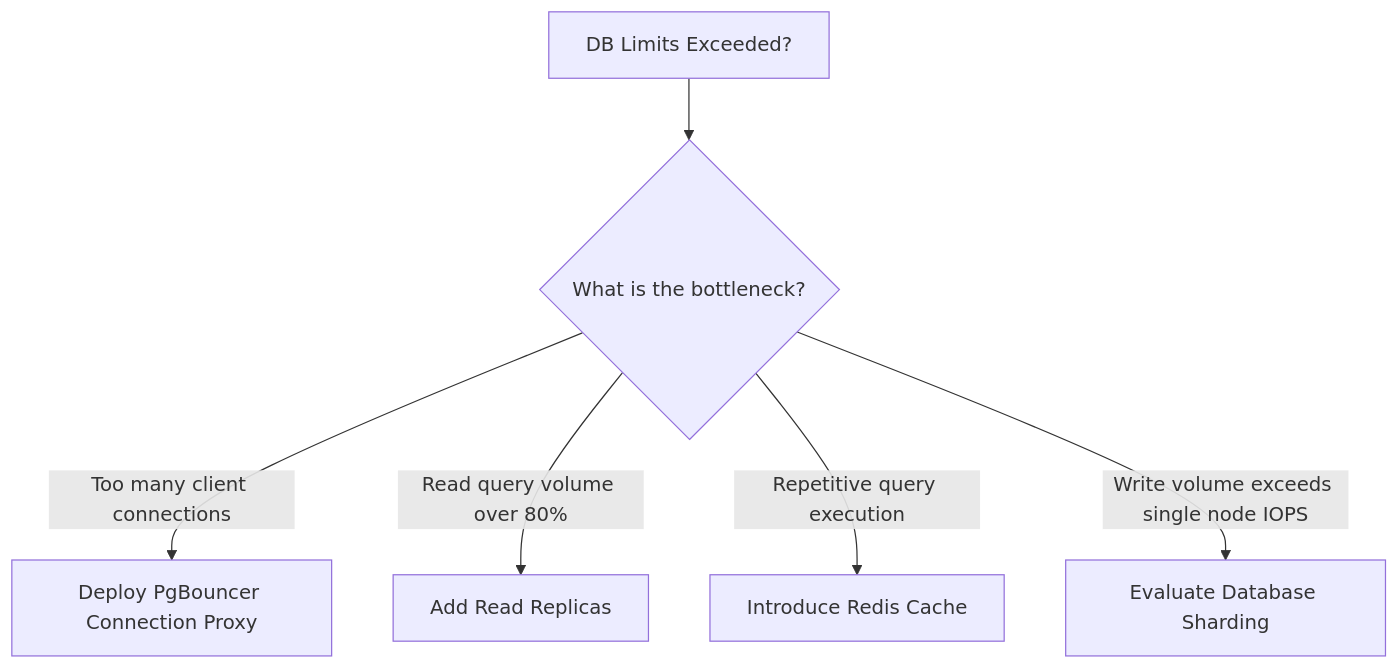
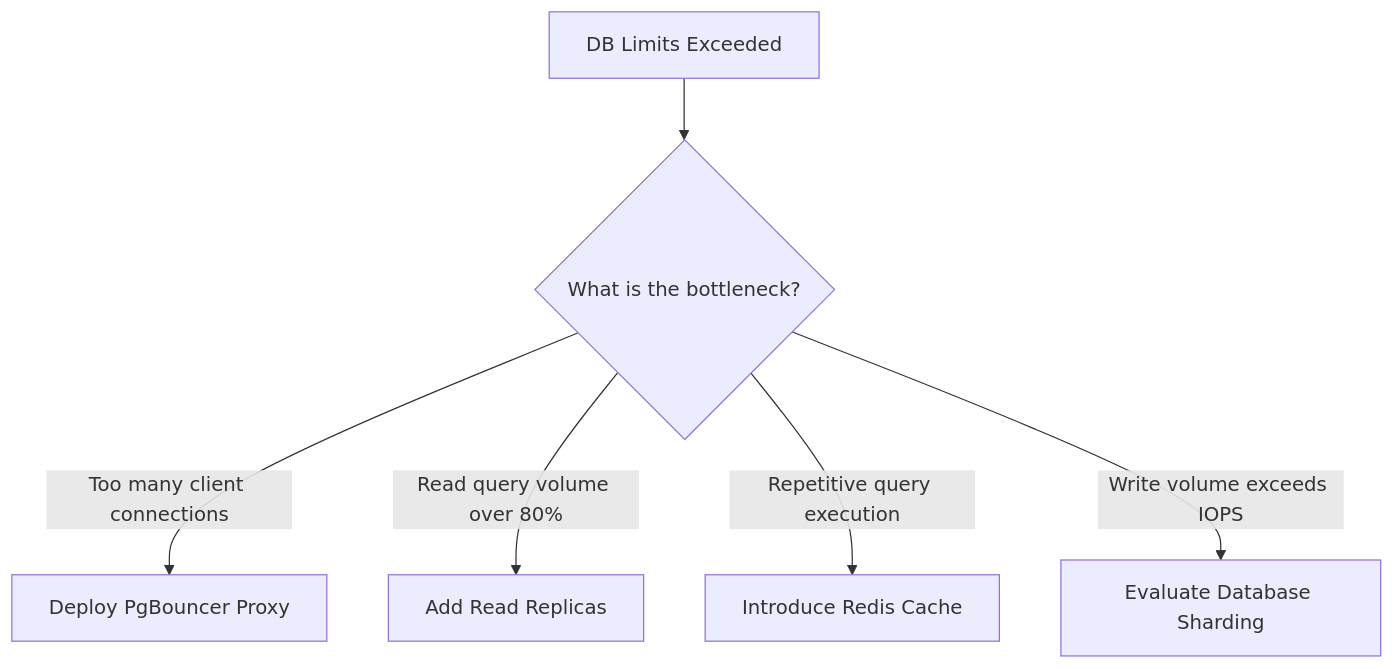
The fifth of 5 diagrams in days/phase-2-database-becomes-the-problem/day-06-app-scales-db-doesnt/README.md (userhimanshuverma/30_Days_of_Building_Systems_That_Scale), drawn with Mermaid before and after one commit.

Commit message:
fix(docs): switch flowchart TD to graph TD in Day 06 decision matrix

````diff
--- a/days/phase-2-database-becomes-the-problem/day-06-app-scales-db-doesnt/README.md
+++ b/days/phase-2-database-becomes-the-problem/day-06-app-scales-db-doesnt/README.md
@@ -365,8 +365,8 @@
 ```mermaid
-flowchart TD
-    A["DB Limits Exceeded?"] --> B{"What is the bottleneck?"}
-    B -->|Too many client connections| C["Deploy PgBouncer Connection Proxy"]
+graph TD
+    A["DB Limits Exceeded"] --> B{"What is the bottleneck?"}
+    B -->|Too many client connections| C["Deploy PgBouncer Proxy"]
     B -->|Read query volume over 80%| D["Add Read Replicas"]
     B -->|Repetitive query execution| E["Introduce Redis Cache"]
-    B -->|Write volume exceeds single node IOPS| F["Evaluate Database Sharding"]
+    B -->|Write volume exceeds IOPS| F["Evaluate Database Sharding"]
 ```
````
